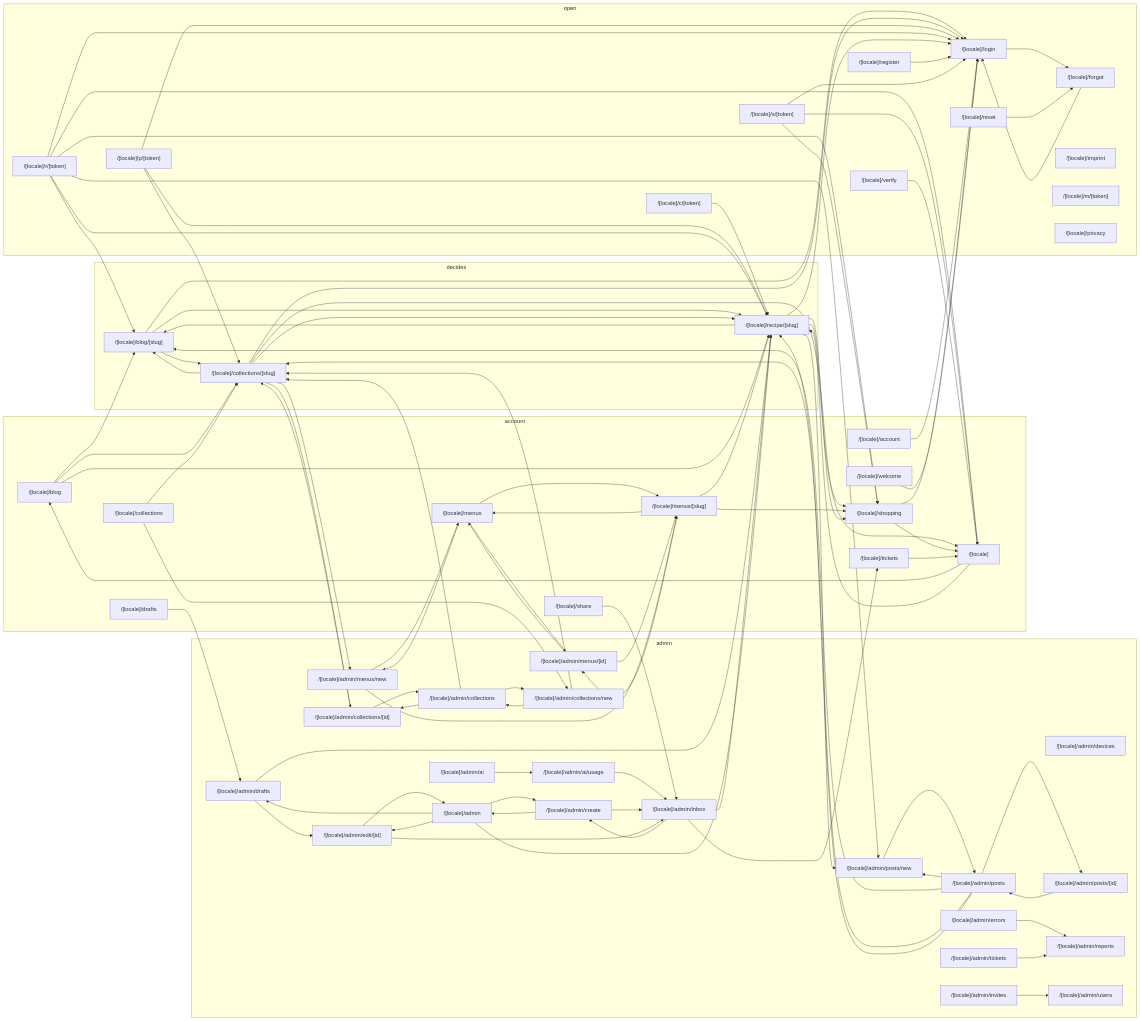
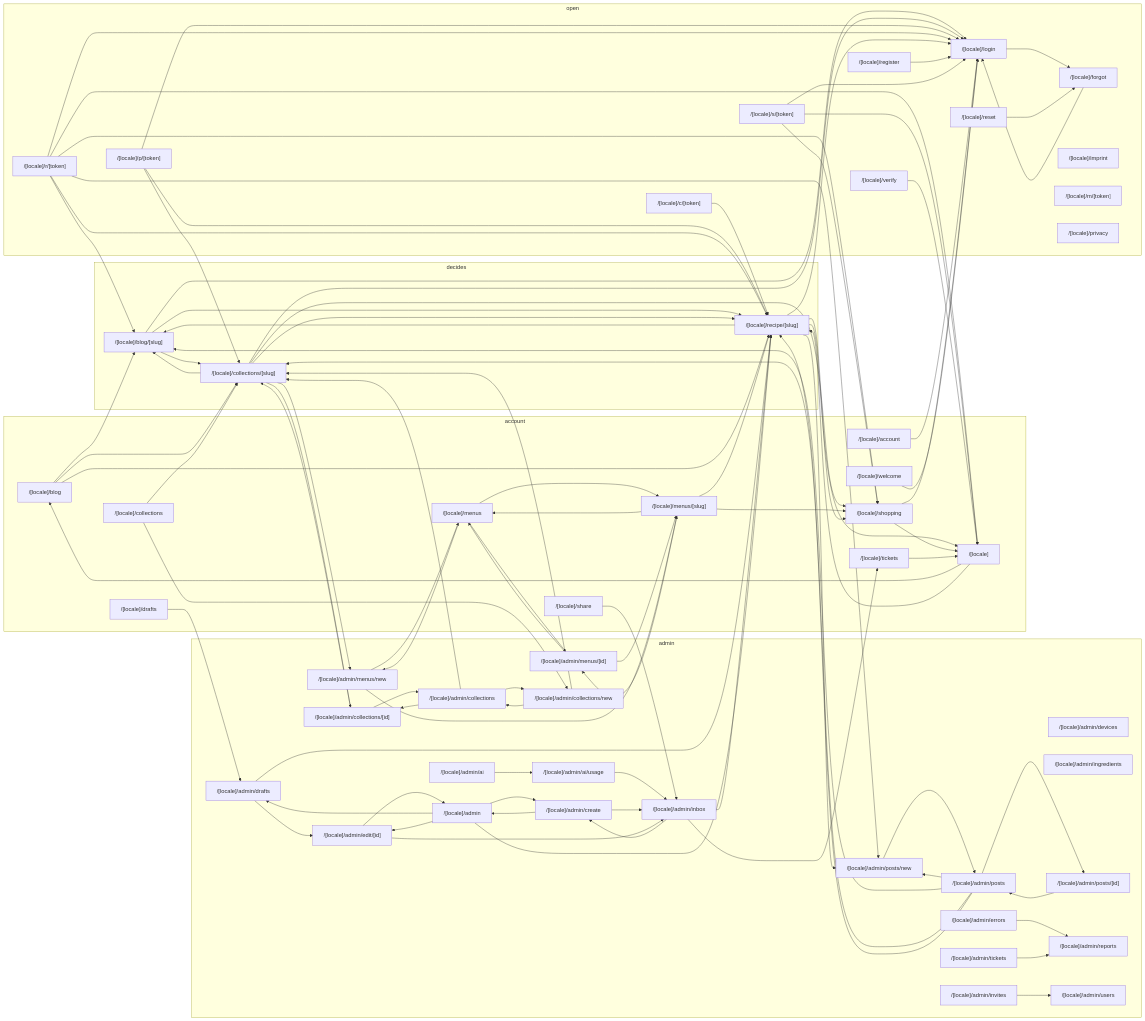
One commit to morischumacher/moscookbook changed the first of 2 diagrams in docs/interaction-map.generated.md. Above: the diagram before and after it, drawn with Mermaid. The commit also changed other lines of this file and 27 other files, not shown here.

```diff
--- a/docs/interaction-map.generated.md
+++ b/docs/interaction-map.generated.md
@@ -248,6 +251,7 @@
     n__locale__admin_edit__id_["/[locale]/admin/edit/[id]"]
     n__locale__admin_errors["/[locale]/admin/errors"]
     n__locale__admin_inbox["/[locale]/admin/inbox"]
+    n__locale__admin_ingredients["/[locale]/admin/ingredients"]
     n__locale__admin_invites["/[locale]/admin/invites"]
     n__locale__admin_menus__id_["/[locale]/admin/menus/[id]"]
     n__locale__admin_menus_new["/[locale]/admin/menus/new"]
```
